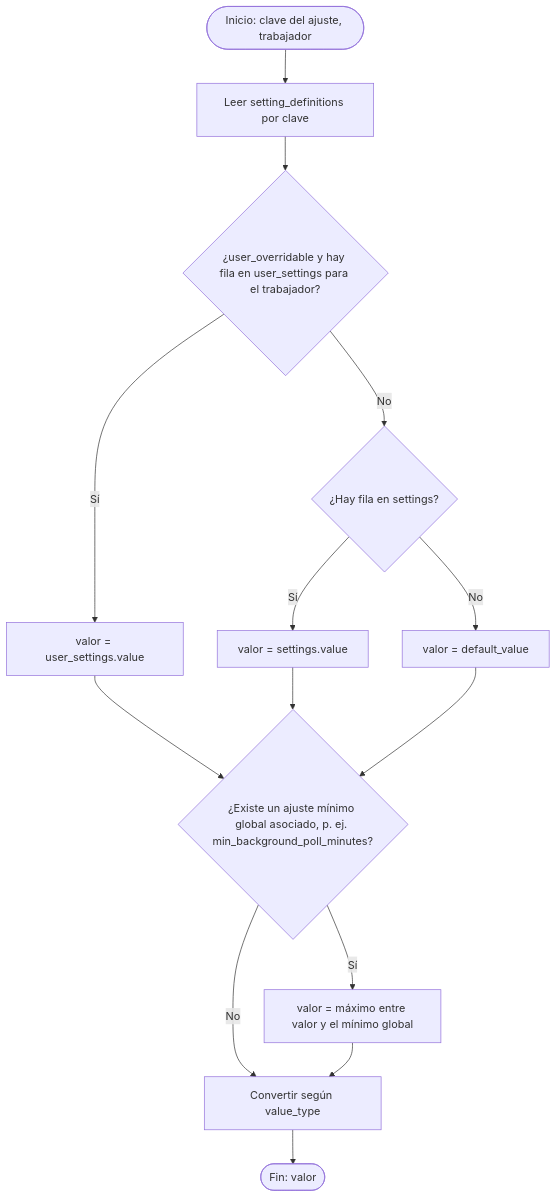
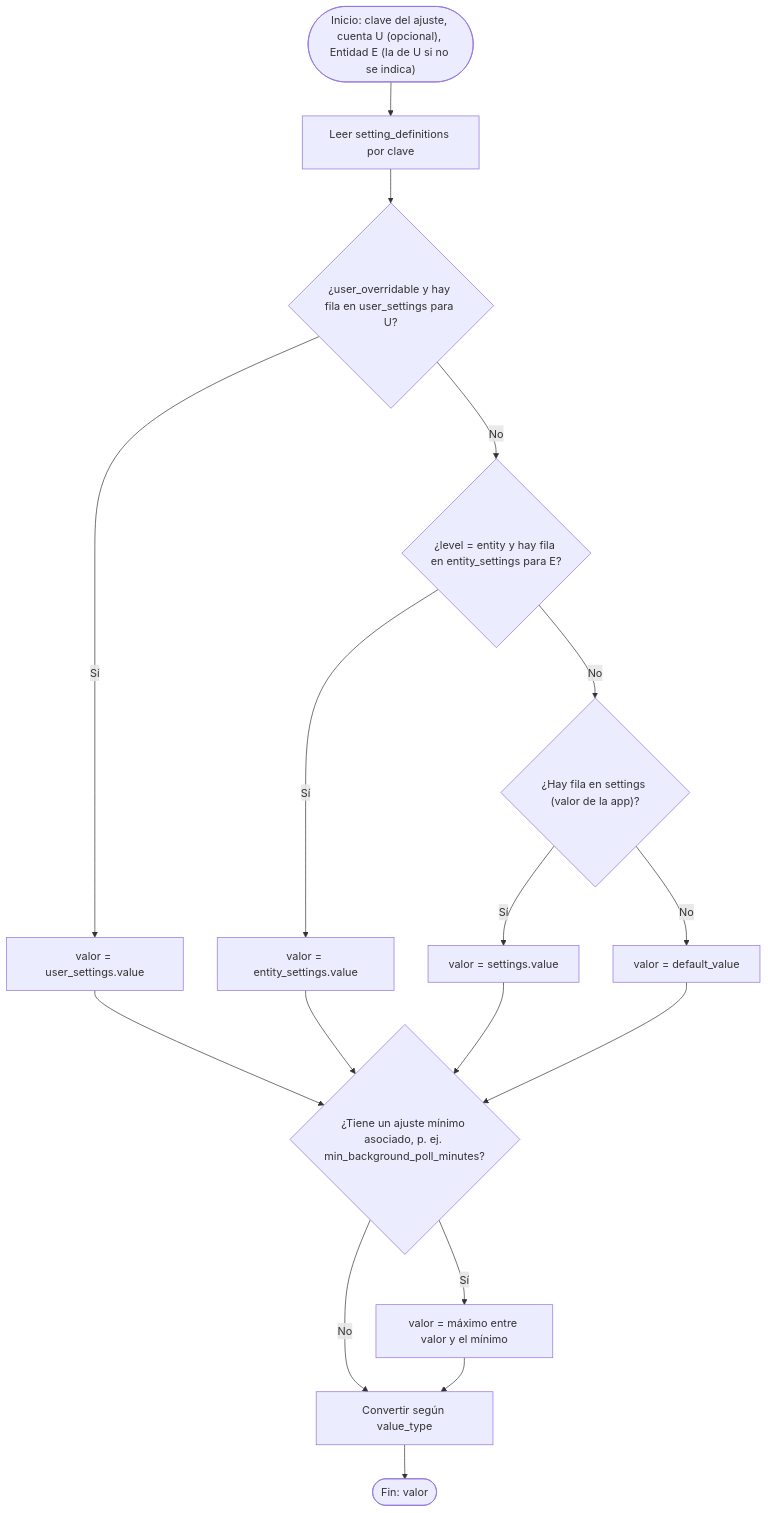
One commit to maicolalmaralestamayo/MiRuta changed the fifth of 30 diagrams in docs/07-algoritmos.md. Above: the diagram before and after it, drawn with Mermaid. The commit also changed other lines of this file and 10 other files, not shown here.

````diff
--- a/docs/07-algoritmos.md
+++ b/docs/07-algoritmos.md
@@ -141,16 +133,19 @@
 ```mermaid
 flowchart TD
-    A(["Inicio: clave del ajuste, trabajador"]) --> B["Leer setting_definitions por clave"]
-    B --> C{"¿user_overridable y hay fila en user_settings para el trabajador?"}
+    A(["Inicio: clave del ajuste, cuenta U (opcional), Entidad E (la de U si no se indica)"]) --> B["Leer setting_definitions por clave"]
+    B --> C{"¿user_overridable y hay fila en user_settings para U?"}
     C -->|Sí| D["valor = user_settings.value"]
-    C -->|No| E{"¿Hay fila en settings?"}
-    E -->|Sí| F["valor = settings.value"]
-    E -->|No| G["valor = default_value"]
-    D --> H{"¿Existe un ajuste mínimo global asociado, p. ej. min_background_poll_minutes?"}
-    F --> H
+    C -->|No| E{"¿level = entity y hay fila en entity_settings para E?"}
+    E -->|Sí| E2["valor = entity_settings.value"]
+    E -->|No| F{"¿Hay fila en settings (valor de la app)?"}
+    F -->|Sí| F2["valor = settings.value"]
+    F -->|No| G["valor = default_value"]
+    D --> H{"¿Tiene un ajuste mínimo asociado, p. ej. min_background_poll_minutes?"}
+    E2 --> H
+    F2 --> H
     G --> H
-    H -->|Sí| I["valor = máximo entre valor y el mínimo global"]
+    H -->|Sí| I["valor = máximo entre valor y el mínimo"]
     H -->|No| J["Convertir según value_type"]
     I --> J
     J --> Z(["Fin: valor"])
 ```
````
